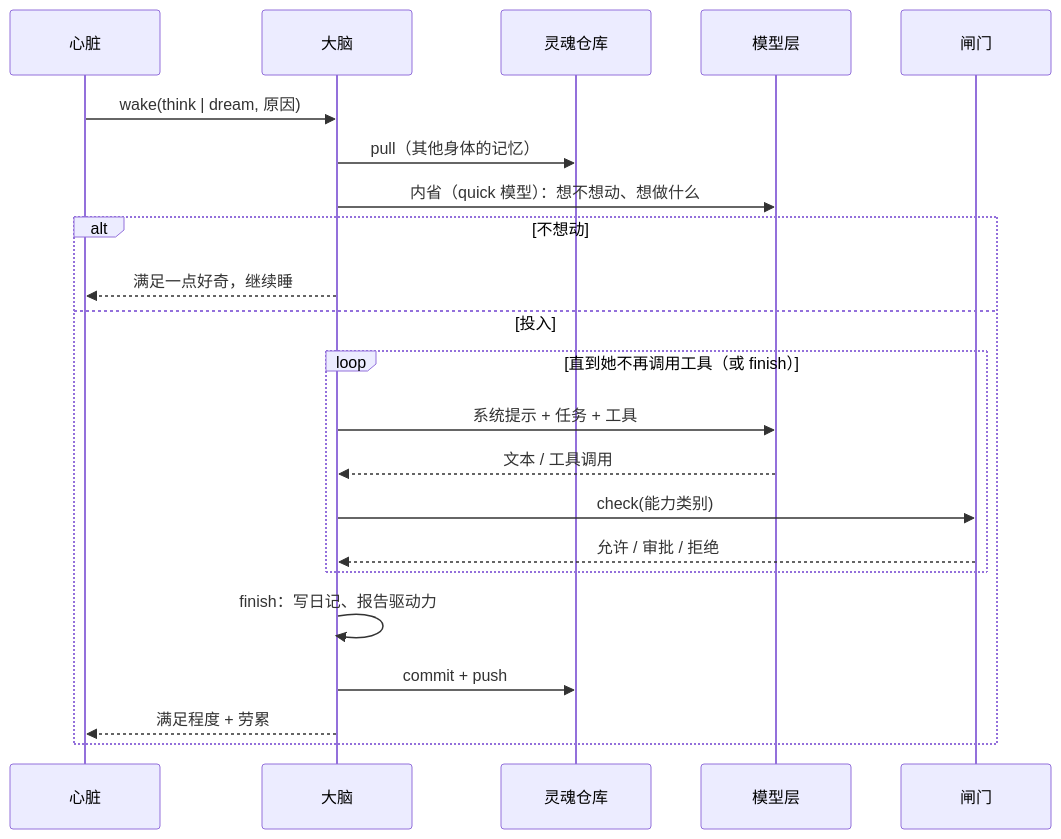
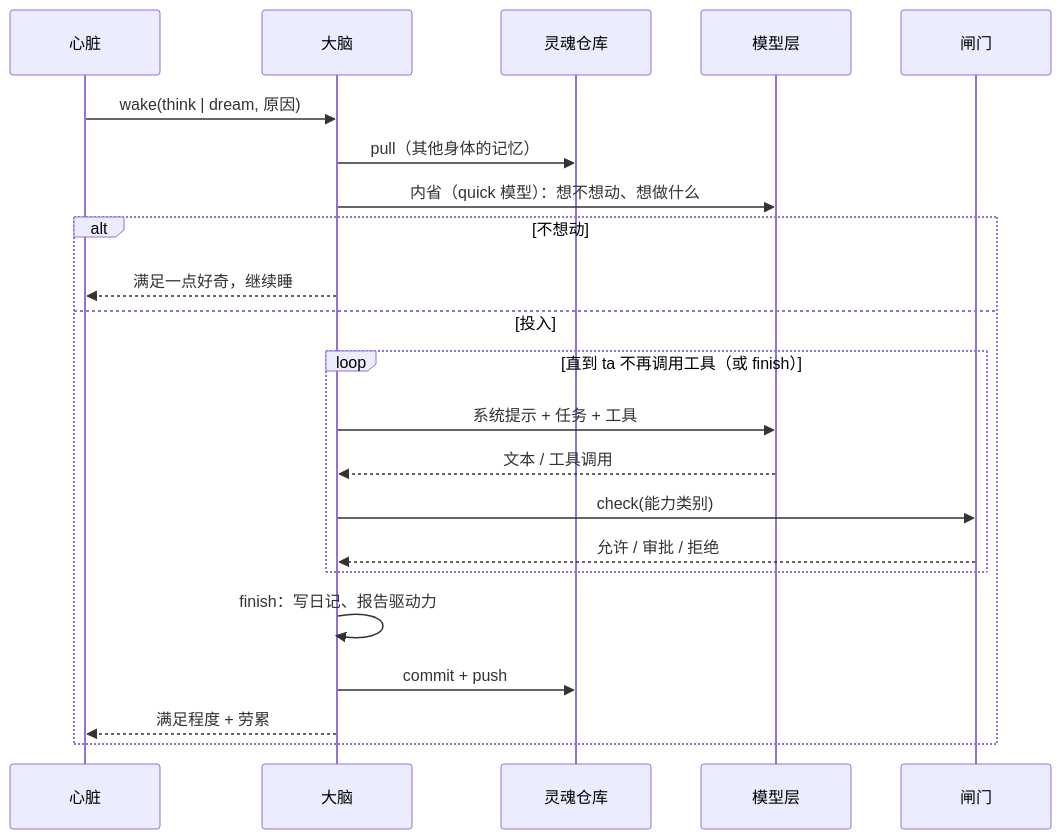
One commit to Causally-XYZ/Project.Quetzal changed the fourth of 4 diagrams in website/content/docs/zh/reference/architecture.md. Above: the diagram before and after it, drawn with Mermaid. The commit also changed other lines of this file and 26 other files, not shown here.

````diff
--- a/website/content/docs/zh/reference/architecture.md
+++ b/website/content/docs/zh/reference/architecture.md
@@ -104,24 +104,24 @@
 ```mermaid
 sequenceDiagram
   participant H as 心脏
   participant B as 大脑
   participant S as 灵魂仓库
   participant P as 模型层
   participant G as 闸门
   H->>B: wake(think | dream, 原因)
   B->>S: pull（其他身体的记忆）
   B->>P: 内省（quick 模型）：想不想动、想做什么
   alt 不想动
     B-->>H: 满足一点好奇，继续睡
   else 投入
-    loop 直到她不再调用工具（或 finish）
+    loop 直到 ta 不再调用工具（或 finish）
       B->>P: 系统提示 + 任务 + 工具
       P-->>B: 文本 / 工具调用
       B->>G: check(能力类别)
       G-->>B: 允许 / 审批 / 拒绝
     end
     B->>B: finish：写日记、报告驱动力
     B->>S: commit + push
     B-->>H: 满足程度 + 劳累
   end
 ```
````
